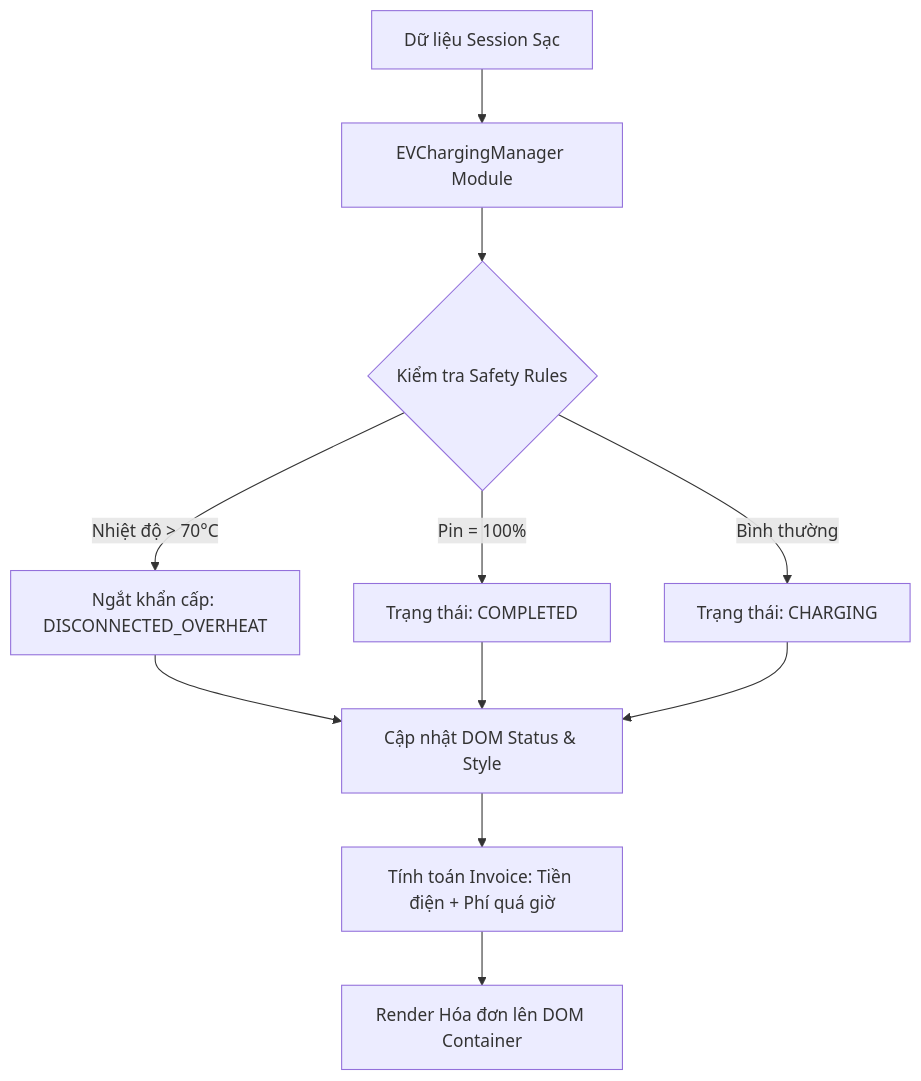
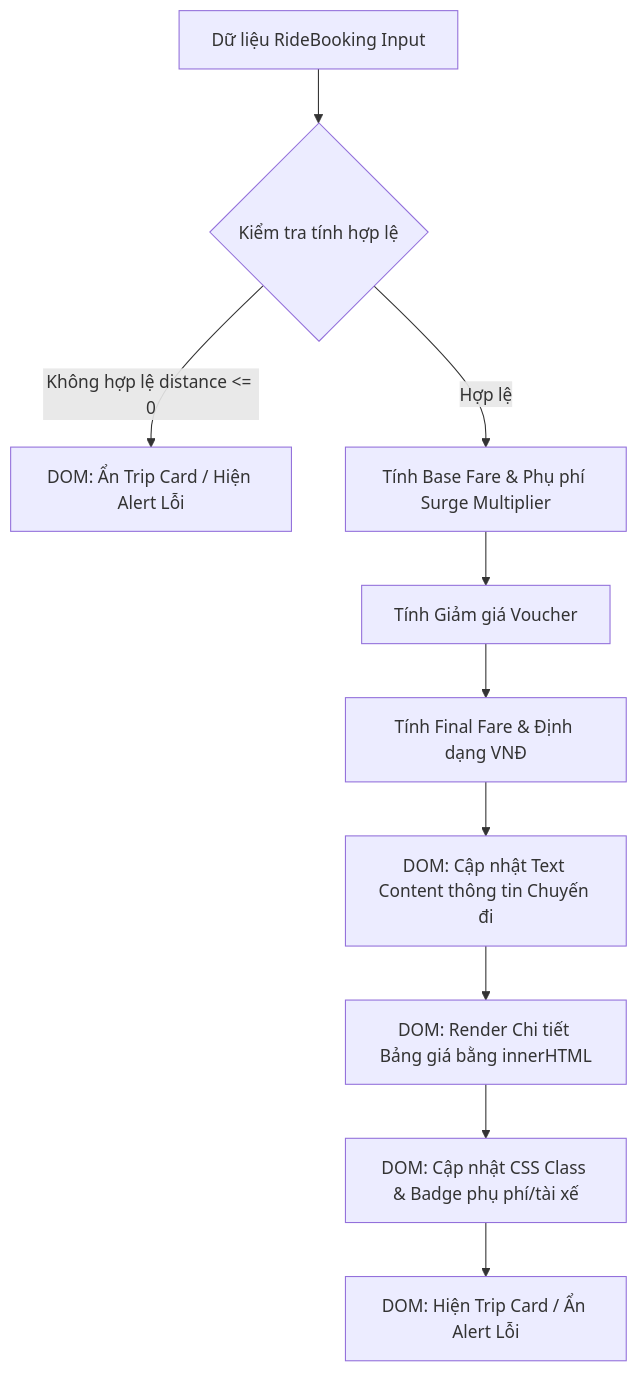
The diagram in output/pms/Phát_triển_ứng_dụng_web/Session 17 - Tương tác DOM API (Document Object Model)- Truy xuất và Thay đổi Nội dung/Bài tập/bai_tap_14.md (ngoquy12/learning_material), drawn with Mermaid before and after one commit. The commit also changed other lines of this file and 152 other files, not shown here.

Commit message:
feat(domain): implement Session Domain Anchor Architecture for 100% unified domain consistency across all session resources

````diff
--- a/output/pms/Phát_triển_ứng_dụng_web/Session 17 - Tương tác DOM API (Document Object Model)- Truy xuất và Thay đổi Nội dung/Bài tập/bai_tap_14.md
+++ b/output/pms/Phát_triển_ứng_dụng_web/Session 17 - Tương tác DOM API (Document Object Model)- Truy xuất và Thay đổi Nội dung/Bài tập/bai_tap_14.md
@@ -16,13 +18,12 @@
 ```mermaid
 graph TD
-    A[Dữ liệu Session Sạc] --> B[EVChargingManager Module]
-    B --> C{Kiểm tra Safety Rules}
-    C -- Nhiệt độ > 70°C --> D[Ngắt khẩn cấp: DISCONNECTED_OVERHEAT]
-    C -- Pin = 100% --> E[Trạng thái: COMPLETED]
-    C -- Bình thường --> F[Trạng thái: CHARGING]
-    D --> G[Cập nhật DOM Status & Style]
-    E --> G
-    F --> G
-    G --> H[Tính toán Invoice: Tiền điện + Phí quá giờ]
-    H --> I[Render Hóa đơn lên DOM Container]
+    A[Dữ liệu RideBooking Input] --> B{Kiểm tra tính hợp lệ}
+    B -- Không hợp lệ distance <= 0 --> C[DOM: Ẩn Trip Card / Hiện Alert Lỗi]
+    B -- Hợp lệ --> D[Tính Base Fare & Phụ phí Surge Multiplier]
+    D --> E[Tính Giảm giá Voucher]
+    E --> F[Tính Final Fare & Định dạng VNĐ]
+    F --> G[DOM: Cập nhật Text Content thông tin Chuyến đi]
+    G --> H[DOM: Render Chi tiết Bảng giá bằng innerHTML]
+    H --> I[DOM: Cập nhật CSS Class & Badge phụ phí/tài xế]
+    I --> J[DOM: Hiện Trip Card / Ẩn Alert Lỗi]
 ```
````
